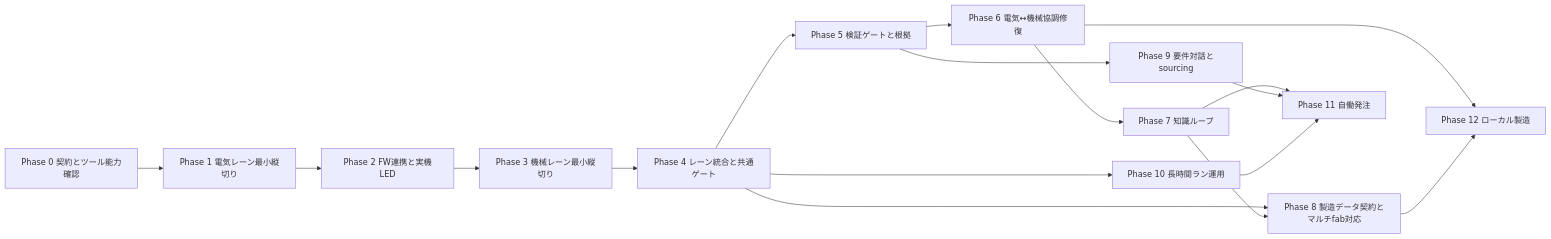
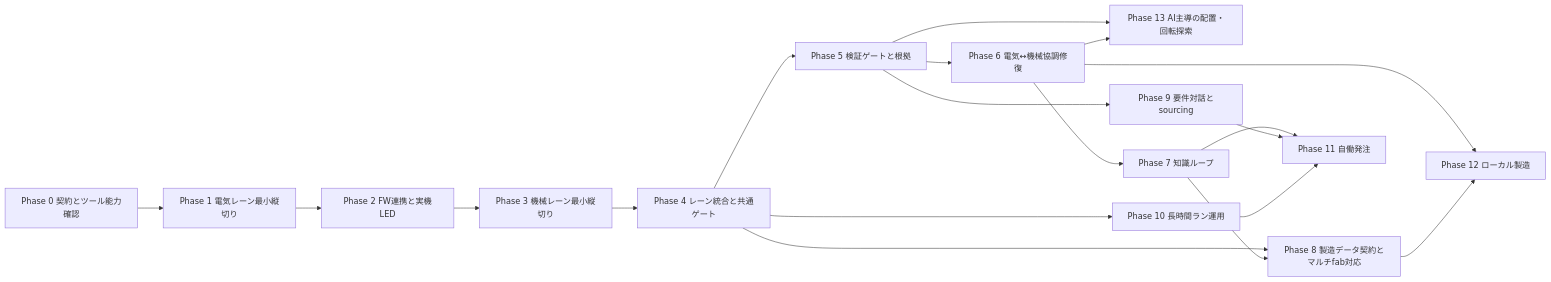
The diagram in docs/roadmap.md (uist1idrju3i/acd-agent), drawn with Mermaid before and after one commit. The commit also changed other lines of this file and 11 other files, not shown here.

````diff
--- a/docs/roadmap.md
+++ b/docs/roadmap.md
@@ -109,19 +111,21 @@
 ```mermaid
 flowchart LR
     P0["Phase 0 契約とツール能力確認"] --> P1["Phase 1 電気レーン最小縦切り"]
     P1 --> P2["Phase 2 FW連携と実機LED"]
     P2 --> P3["Phase 3 機械レーン最小縦切り"]
     P3 --> P4["Phase 4 レーン統合と共通ゲート"]
     P4 --> P5["Phase 5 検証ゲートと根拠"]
     P5 --> P6["Phase 6 電気↔機械協調修復"]
+    P5 --> P13["Phase 13 AI主導の配置・回転探索"]
+    P6 --> P13
     P6 --> P7["Phase 7 知識ループ"]
     P4 --> P8["Phase 8 製造データ契約とマルチfab対応"]
     P7 --> P8
     P5 --> P9["Phase 9 要件対話とsourcing"]
     P4 --> P10["Phase 10 長時間ラン運用"]
     P7 --> P11["Phase 11 自働発注"]
     P9 --> P11
     P10 --> P11
     P6 --> P12["Phase 12 ローカル製造"]
     P8 --> P12
 ```
````
